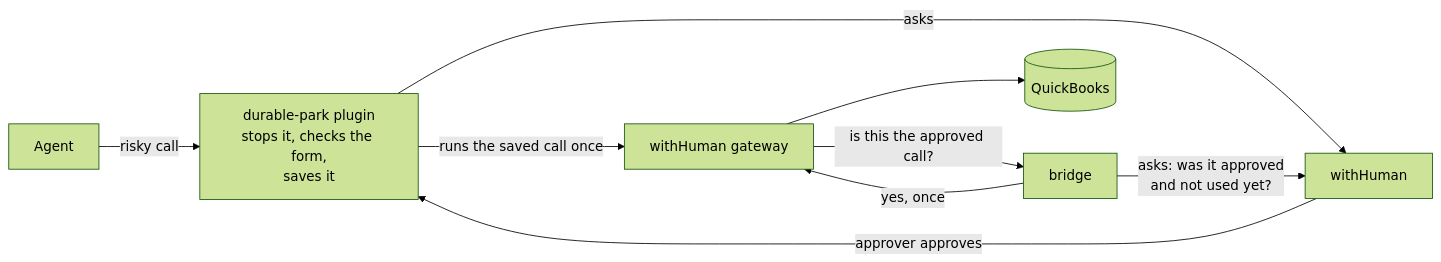
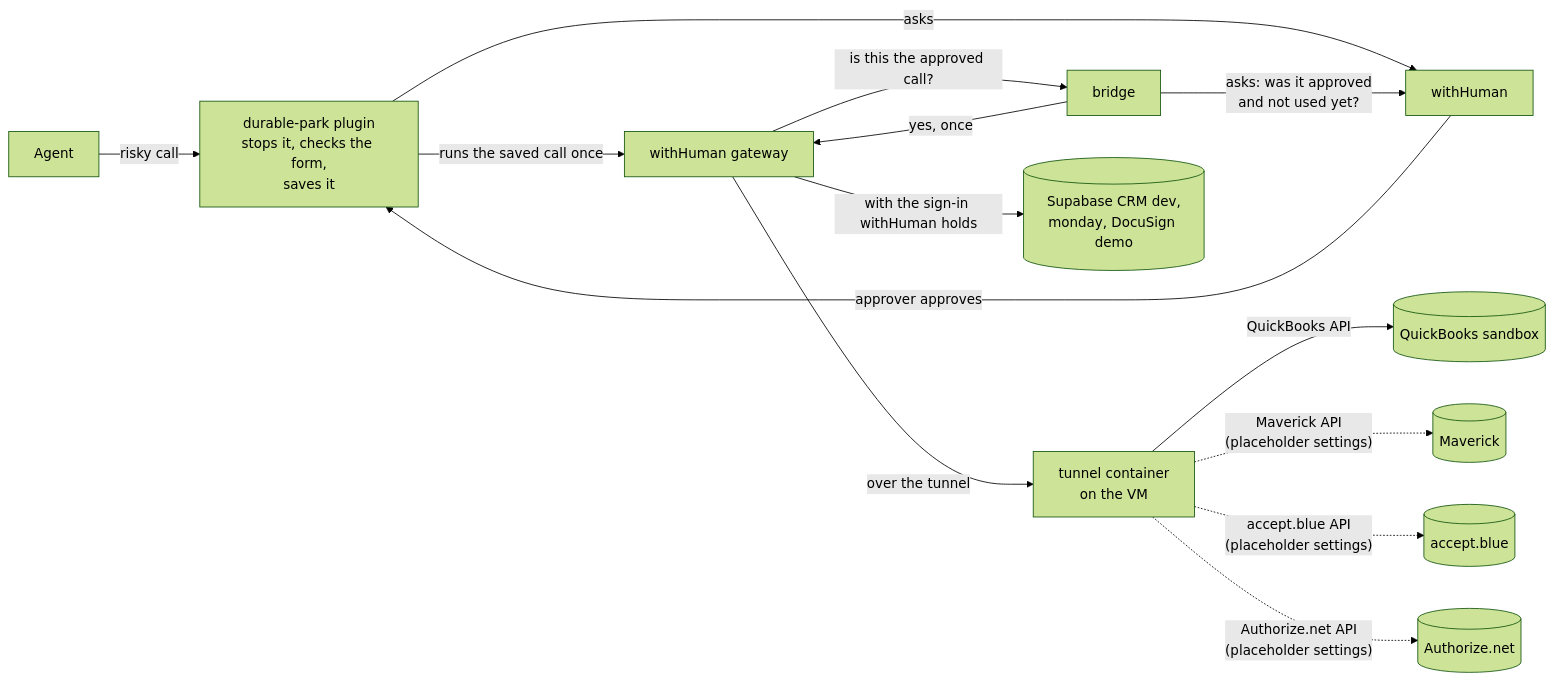
One commit to TapDashPayments/TapDash-Agents changed the diagram in durable-park/README.md. Above: the diagram before and after it, drawn with Mermaid (forest theme). The commit also changed other lines of this file and 1 other file, not shown here.

````diff
--- a/durable-park/README.md
+++ b/durable-park/README.md
@@ -26,11 +37,16 @@
 ```mermaid
 flowchart LR
   agent["Agent"] -->|"risky call"| plugin["durable-park plugin<br/>stops it, checks the form,<br/>saves it"]
   plugin -->|"asks"| wh["withHuman"]
   wh -->|"approver approves"| plugin
   plugin -->|"runs the saved call once"| gw["withHuman gateway"]
   gw -->|"is this the approved call?"| bridge["bridge"]
   bridge -->|"yes, once"| gw
   bridge -->|"asks: was it approved<br/>and not used yet?"| wh
-  gw --> qbo[("QuickBooks")]
+  gw -->|"over the tunnel"| tun["tunnel container<br/>on the VM"]
+  tun -->|"QuickBooks API"| qbo[("QuickBooks sandbox")]
+  tun -.->|"Maverick API<br/>(placeholder settings)"| mav[("Maverick")]
+  tun -.->|"accept.blue API<br/>(placeholder settings)"| ab[("accept.blue")]
+  tun -.->|"Authorize.net API<br/>(placeholder settings)"| an[("Authorize.net")]
+  gw -->|"with the sign-in withHuman holds"| remote[("Supabase CRM dev,<br/>monday, DocuSign demo")]
 ```
````
